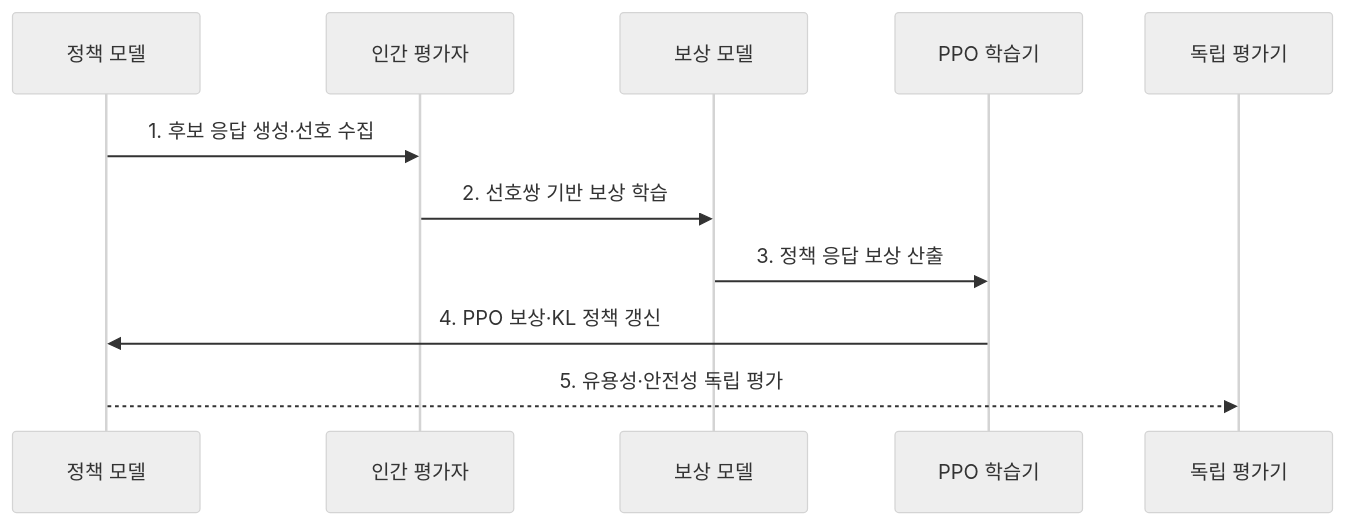
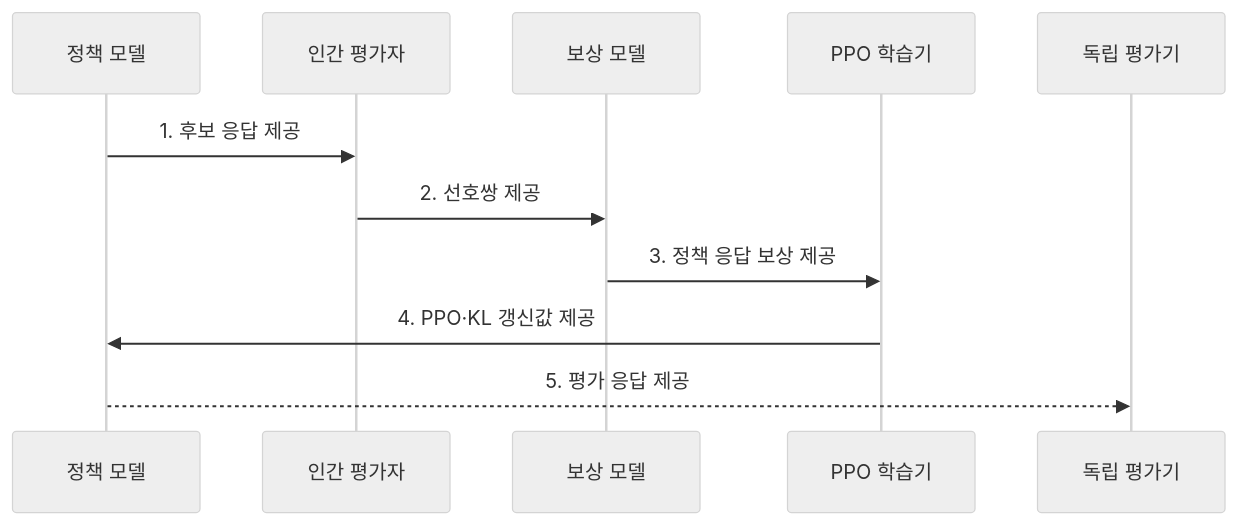
Before and after one commit to agnusdei1207/knowledge-base: the second of 2 diagrams in src/content/docs/notes/08-latest-tech/065_reinforcement_learning_from_human_feedback.md, drawn with Mermaid (neutral theme). The commit also changed other lines of this file and 225 other files, not shown here.

````diff
--- a/src/content/docs/notes/08-latest-tech/065_reinforcement_learning_from_human_feedback.md
+++ b/src/content/docs/notes/08-latest-tech/065_reinforcement_learning_from_human_feedback.md
@@ -78,13 +78,13 @@
 ```mermaid
 sequenceDiagram
     participant M as 정책 모델
     participant H as 인간 평가자
     participant R as 보상 모델
     participant P as PPO 학습기
     participant E as 독립 평가기
-    M->>H: 1. 후보 응답 생성·선호 수집
-    H->>R: 2. 선호쌍 기반 보상 학습
-    R->>P: 3. 정책 응답 보상 산출
-    P->>M: 4. PPO 보상·KL 정책 갱신
-    M-->>E: 5. 유용성·안전성 독립 평가
+    M->>H: 1. 후보 응답 제공
+    H->>R: 2. 선호쌍 제공
+    R->>P: 3. 정책 응답 보상 제공
+    P->>M: 4. PPO·KL 갱신값 제공
+    M-->>E: 5. 평가 응답 제공
 ```
````
